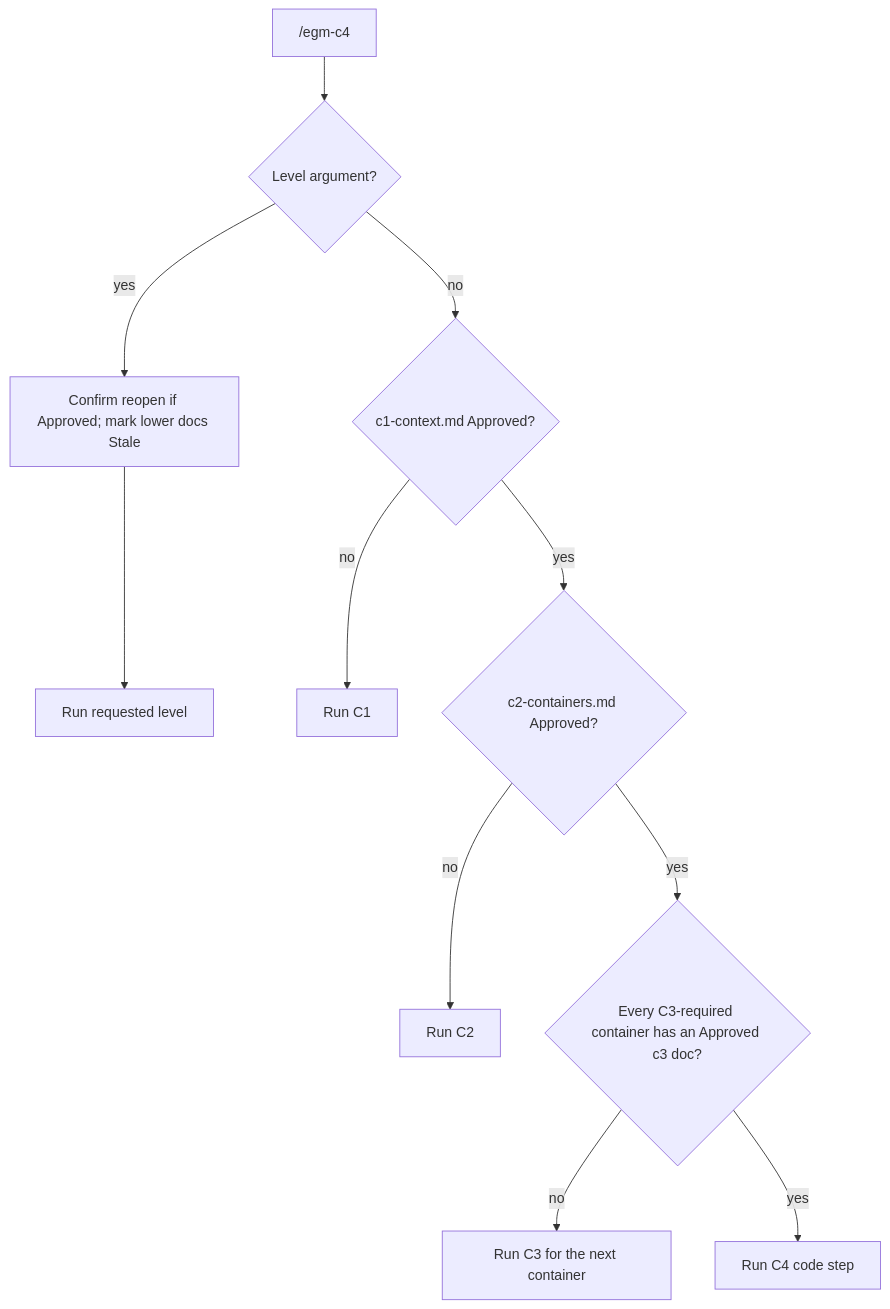
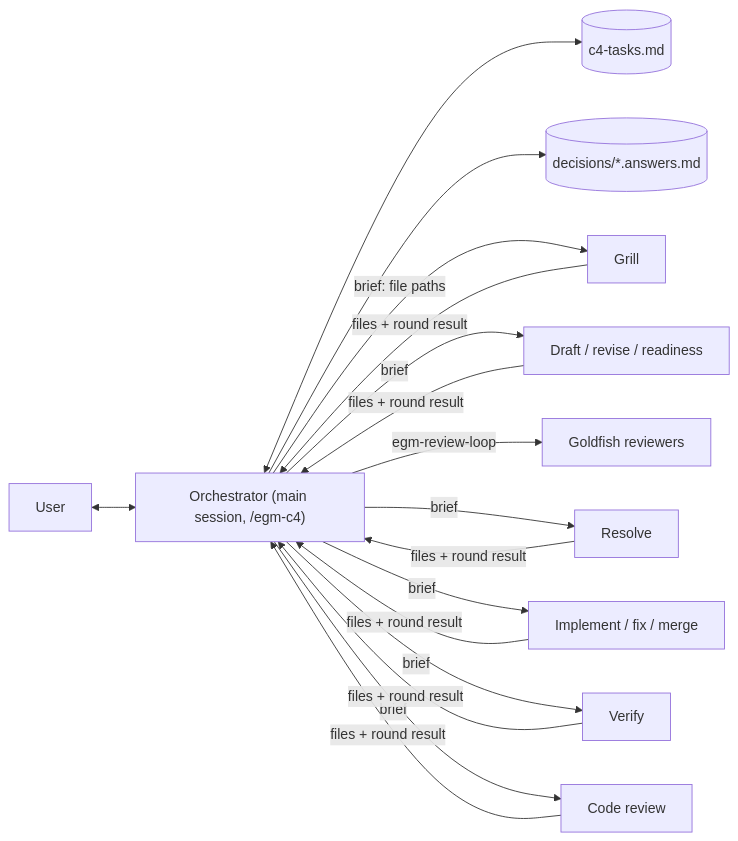
Before and after one commit to Sapico-BE/c4-elephant-goldfish-model: the diagram in docs/designs/c4.md, drawn with Mermaid. The commit also changed other lines of this file, not shown here.

First line of the commit message:
Revise egm-c4 design: orchestrator ledger and fresh rounds

````diff
--- a/docs/designs/c4.md
+++ b/docs/designs/c4.md
@@ -174,13 +183,14 @@
 ```mermaid
-flowchart TD
-    A["/egm-c4"] --> F{Level argument?}
-    F -- yes --> R[Confirm reopen if Approved; mark lower docs Stale] --> L
-    F -- no --> C1{c1-context.md Approved?}
-    C1 -- no --> RunC1[Run C1]
-    C1 -- yes --> C2{c2-containers.md Approved?}
-    C2 -- no --> RunC2[Run C2]
-    C2 -- yes --> C3{Every C3-required container has an Approved c3 doc?}
-    C3 -- no --> RunC3[Run C3 for the next container]
-    C3 -- yes --> RunC4[Run C4 code step]
-    L[Run requested level]
+flowchart LR
+    U[User] <--> O["Orchestrator (main session, /egm-c4)"]
+    O <--> L[(c4-tasks.md)]
+    O --> A[(decisions/*.answers.md)]
+    O -- brief: file paths --> G[Grill]
+    O -- brief --> W[Draft / revise / readiness]
+    O -- egm-review-loop --> R[Goldfish reviewers]
+    O -- brief --> S[Resolve]
+    O -- brief --> I[Implement / fix / merge]
+    O -- brief --> V[Verify]
+    O -- brief --> C[Code review]
+    G & W & S & I & V & C -- files + round result --> O
 ```
````
